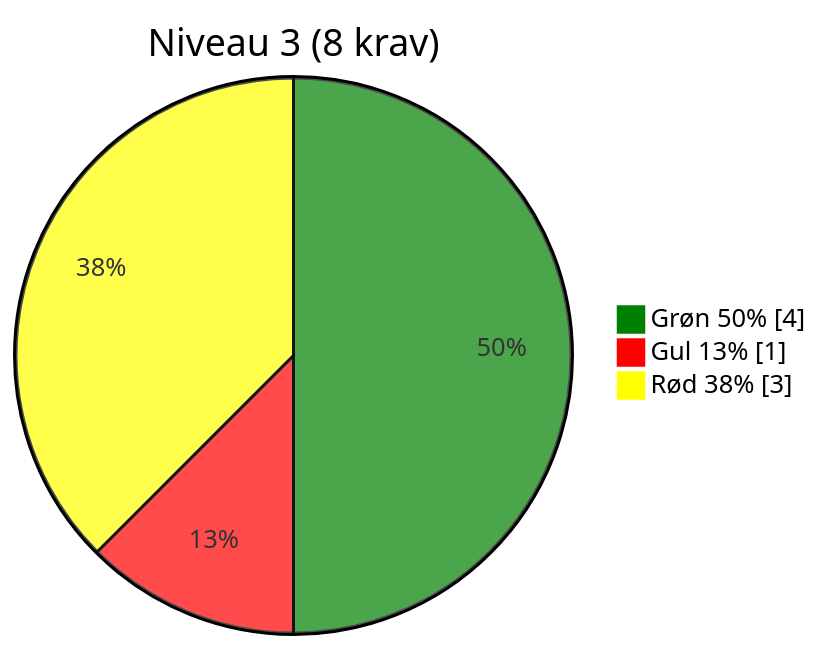
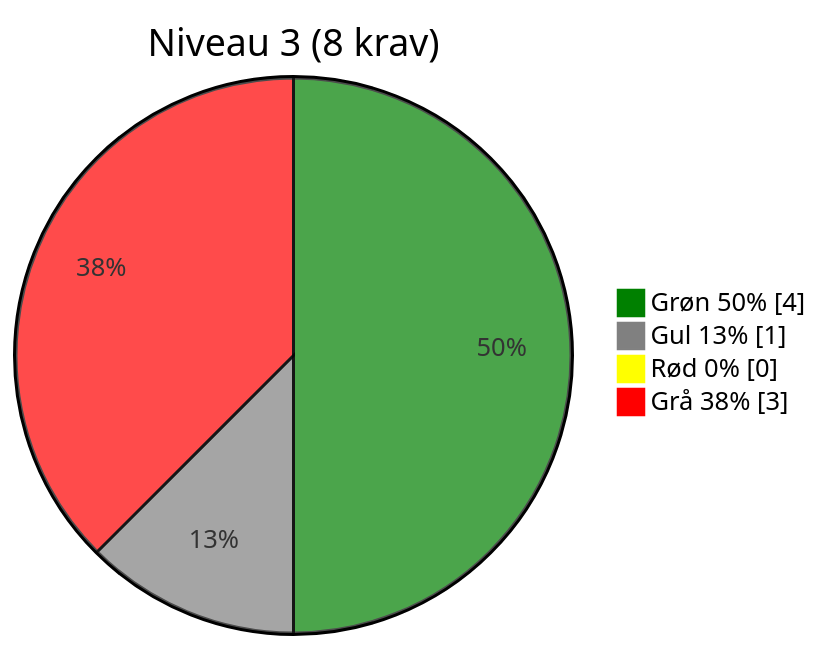
One commit to OS2offdig/os2-product-reviews changed the fourth of 5 diagrams in docs/audits/os2-test_assessment.md. Above: the diagram before and after it, drawn with Mermaid. The commit also changed other lines of this file, not shown here.

````diff
--- a/docs/audits/os2-test_assessment.md
+++ b/docs/audits/os2-test_assessment.md
@@ -137,10 +140,11 @@
 ```mermaid
 %%{init: {"themeVariables": {
- "pie1": "#008000", "pie2": "#FF0000", "pie3": "#FFFF00"
+ "pie1": "#008000", "pie2": "#808080", "pie3": "#FFFF00", "pie4": "#FF0000"
 }}}%%
 pie showData
  title Niveau 3 (8 krav)
  "Grøn 50%" : 4
  "Gul 13%" : 1
- "Rød 38%" : 3
+ "Rød 0%" : 0
+ "Grå 38%" : 3
 ```
````
